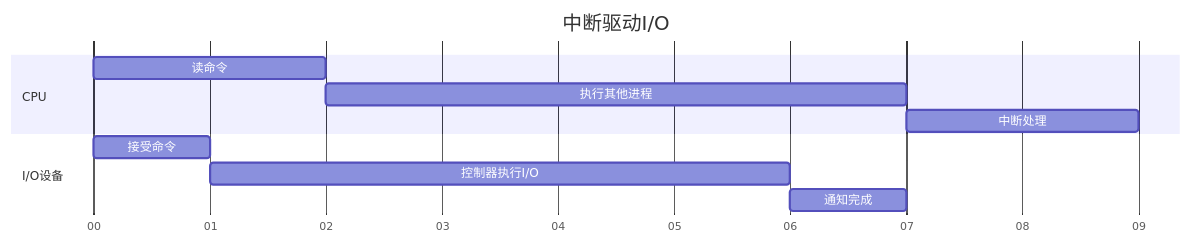
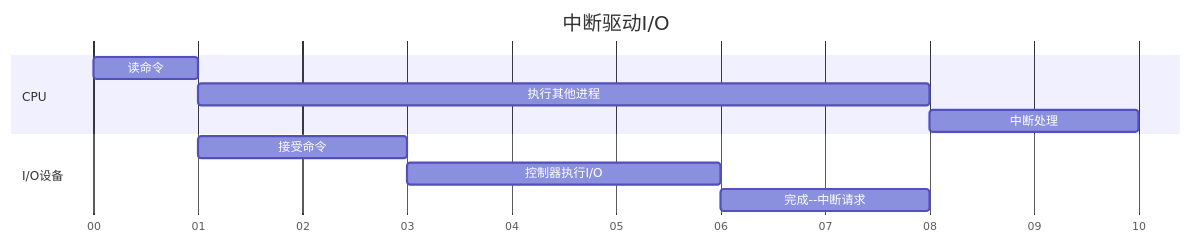
Before and after one commit to XuelongSun/os2026: the second of 3 diagrams in C5-IOManageFileSystem/readme.md, drawn with Mermaid. The commit also changed other lines of this file and 1 other file, not shown here.

````diff
--- a/C5-IOManageFileSystem/readme.md
+++ b/C5-IOManageFileSystem/readme.md
@@ -64,17 +67,17 @@
 ```mermaid
 gantt
     title 中断驱动I/O
     dateFormat YYYY-MM-DD HH:mm
     axisFormat %M
 
     section CPU
-    读命令: r, 2026-01-01 00:00, 2m
-    执行其他进程: p, after r, 5m
+    读命令: r, 2026-01-01 00:00, 1m
+    执行其他进程: p, after r, 7m
     中断处理: i, after p, 2m
 
 
     section I/O设备
-    接受命令 : a, 2026-01-01 00:00, 1m
-    控制器执行I/O : io, after a, 5m
-    通知完成 : c, after io, 1m
+    接受命令 : a, 2026-01-01 00:01, 2m
+    控制器执行I/O : io, after a, 3m
+    完成--中断请求 : c, after io, 2m
 ```
````
